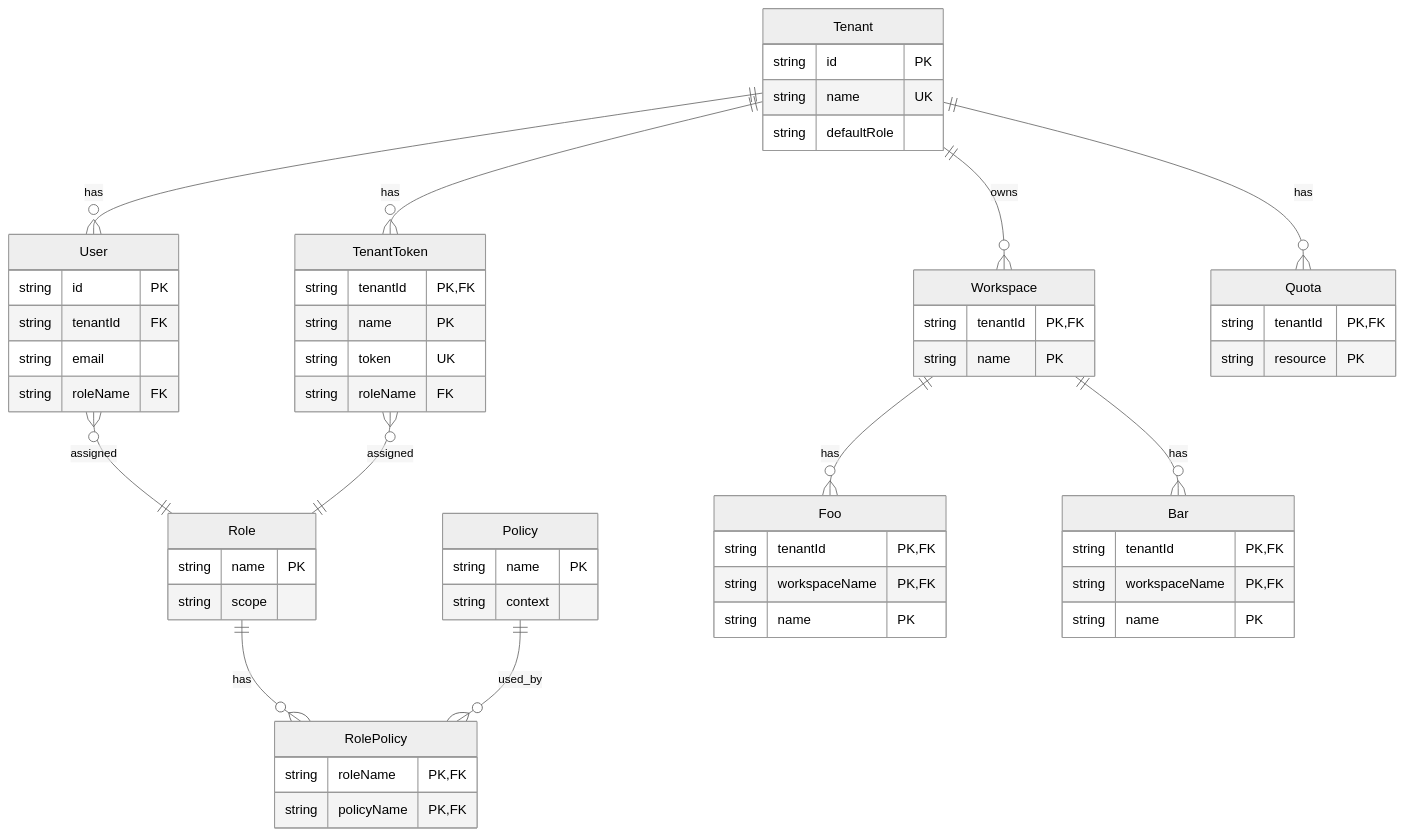
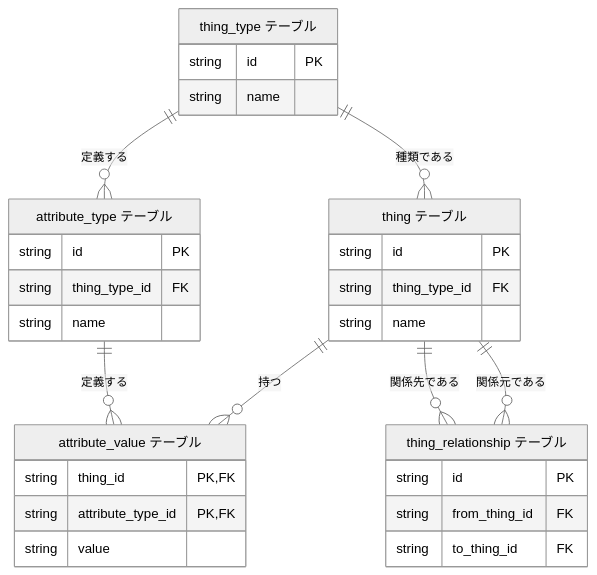
One commit to hiroki-it/tech-notebook changed diagram 12 of 29 in docs/software/software_middleware_database_rdb_er.md. Above: the diagram before and after it, drawn with Mermaid (neutral theme). The commit also changed other lines of this file, not shown here.

````diff
--- a/docs/software/software_middleware_database_rdb_er.md
+++ b/docs/software/software_middleware_database_rdb_er.md
@@ -96,72 +328,38 @@
 ```mermaid
 erDiagram
-  Tenant ||--o{ User : has
-  Tenant ||--o{ TenantToken : has
-  Tenant ||--o{ Workspace : owns
-  Tenant ||--o{ Quota : has
-
-  User }o--|| Role : assigned
-  TenantToken }o--|| Role : assigned
-  Role ||--o{ RolePolicy : has
-  Policy ||--o{ RolePolicy : used_by
-
-  Workspace ||--o{ Foo : has
-  Workspace ||--o{ Bar : has
-
-  Tenant {
+  thing_type["thing_type テーブル"] {
     string id PK
-    string name UK
-    string defaultRole
+    string name
   }
 
-  User {
+  thing["thing テーブル"] {
     string id PK
-    string tenantId FK
-    string email
-    string roleName FK
+    string thing_type_id FK
+    string name
   }
 
-  TenantToken {
-    string tenantId PK,FK
-    string name PK
-    string token UK
-    string roleName FK
+  attribute_type["attribute_type テーブル"] {
+    string id PK
+    string thing_type_id FK
+    string name
   }
 
-  Role {
-    string name PK
-    string scope
+  attribute_value["attribute_value テーブル"] {
+    string thing_id PK,FK
+    string attribute_type_id PK,FK
+    string value
   }
 
-  Policy {
-    string name PK
-    string context
+  thing_relationship["thing_relationship テーブル"] {
+    string id PK
+    string from_thing_id FK
+    string to_thing_id FK
   }
 
-  RolePolicy {
-    string roleName PK,FK
-    string policyName PK,FK
-  }
-
-  Workspace {
-    string tenantId PK,FK
-    string name PK
-  }
-
-  Quota {
-    string tenantId PK,FK
-    string resource PK
-  }
-
-  Foo {
-    string tenantId PK,FK
-    string workspaceName PK,FK
-    string name PK
-  }
-
-  Bar {
-    string tenantId PK,FK
-    string workspaceName PK,FK
-    string name PK
-  }
+  thing_type ||--o{ thing : "種類である"
+  thing_type ||--o{ attribute_type : "定義する"
+  thing ||--o{ attribute_value : "持つ"
+  attribute_type ||--o{ attribute_value : "定義する"
+  thing ||--o{ thing_relationship : "関係元である"
+  thing ||--o{ thing_relationship : "関係先である"
 ```
````
